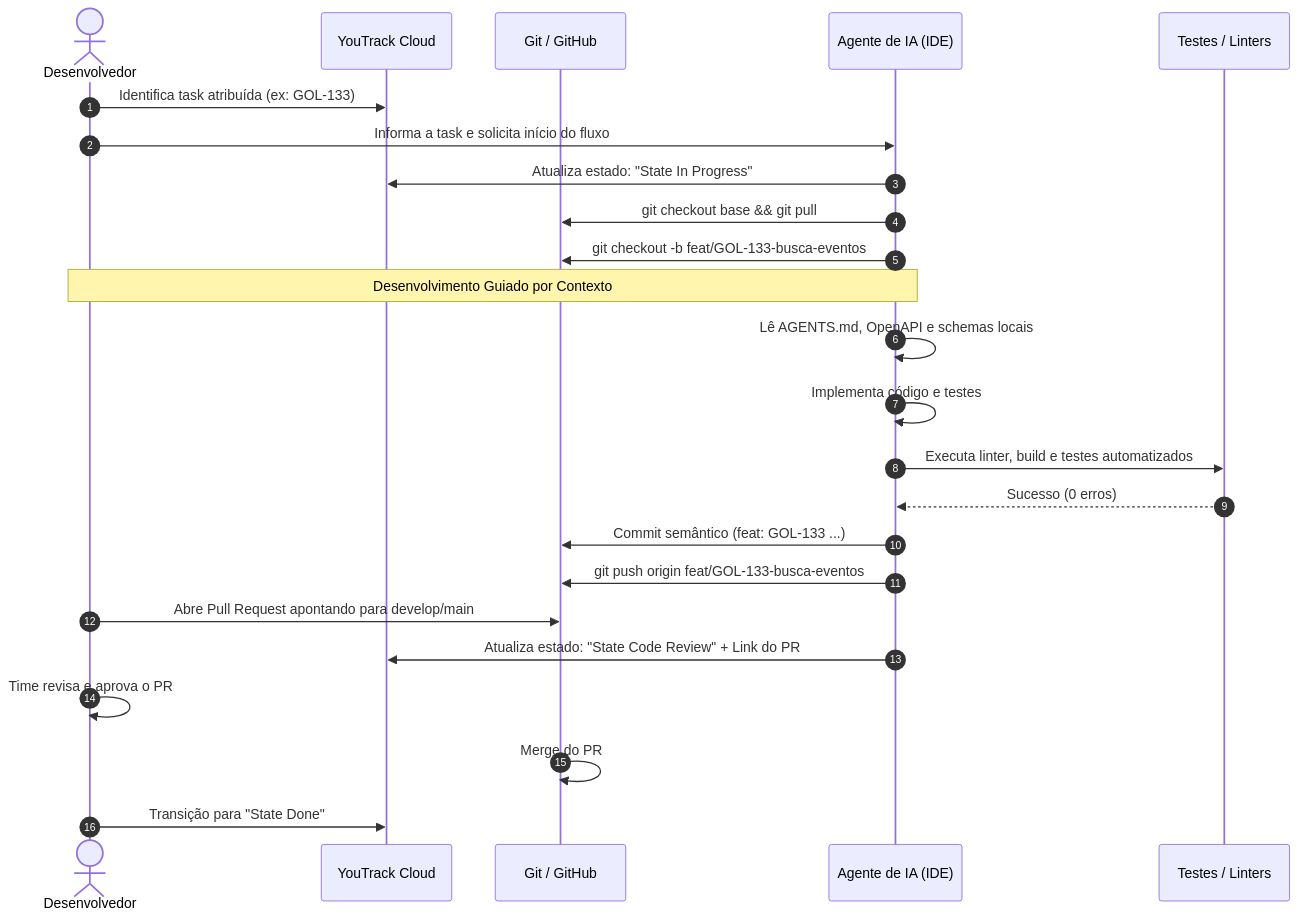
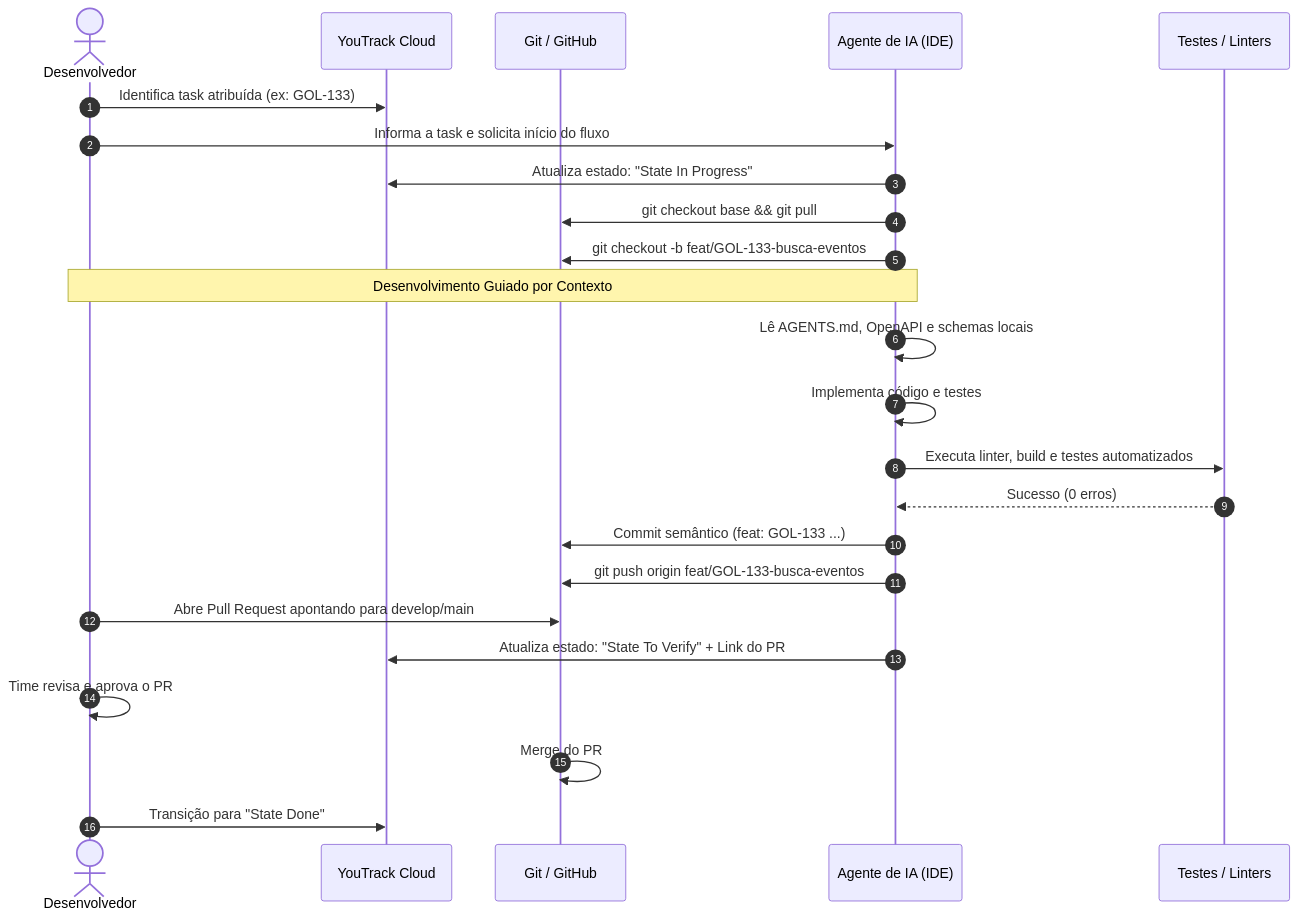
Before and after one commit to Hubee-Unifesp/alexandrita-docs: the second of 3 diagrams in docs/boas-praticas-guias/fluxo-trabalho-com-agentes.md, drawn with Mermaid. The commit also changed other lines of this file, not shown here.

Commit message:
docs(GOL-151): alinha estado do board para State To Verify no guia

````diff
--- a/docs/boas-praticas-guias/fluxo-trabalho-com-agentes.md
+++ b/docs/boas-praticas-guias/fluxo-trabalho-com-agentes.md
@@ -36,27 +36,27 @@
 ```mermaid
 sequenceDiagram
     autonumber
     actor Dev as Desenvolvedor
     participant YT as YouTrack Cloud
     participant Git as Git / GitHub
     participant Agente as Agente de IA (IDE)
     participant QA as Testes / Linters
 
     Dev->>YT: Identifica task atribuída (ex: GOL-133)
     Dev->>Agente: Informa a task e solicita início do fluxo
     Agente->>YT: Atualiza estado: "State In Progress"
     Agente->>Git: git checkout base && git pull
     Agente->>Git: git checkout -b feat/GOL-133-busca-eventos
     Note over Agente,Dev: Desenvolvimento Guiado por Contexto
     Agente->>Agente: Lê AGENTS.md, OpenAPI e schemas locais
     Agente->>Agente: Implementa código e testes
     Agente->>QA: Executa linter, build e testes automatizados
     QA-->>Agente: Sucesso (0 erros)
     Agente->>Git: Commit semântico (feat: GOL-133 ...)
     Agente->>Git: git push origin feat/GOL-133-busca-eventos
     Dev->>Git: Abre Pull Request apontando para develop/main
-    Agente->>YT: Atualiza estado: "State Code Review" + Link do PR
+    Agente->>YT: Atualiza estado: "State To Verify" + Link do PR
     Dev->>Dev: Time revisa e aprova o PR
     Git->>Git: Merge do PR
     Dev->>YT: Transição para "State Done"
 ```
````
